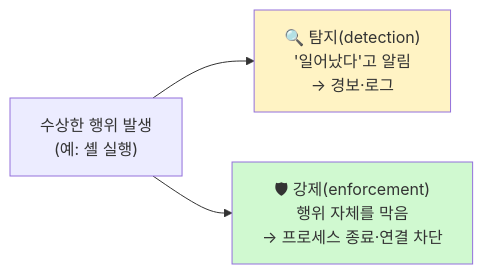
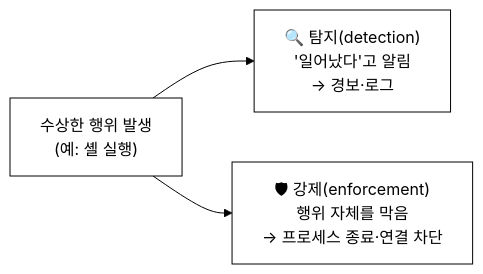
One commit to iamywl/ebpf-lab changed the fourth of 8 diagrams in docs/lecture/13주차_eBPF_보안_LSM_Falco_Tetragon.md. Above: the diagram before and after it, drawn with Mermaid. The commit also changed other lines of this file and 33 other files, not shown here.

First line of the commit message:
강의자료: 다이어그램 흑백(논문 스타일) 통일 + 실제 실행 스크린샷 삽입

````diff
--- a/docs/lecture/13주차_eBPF_보안_LSM_Falco_Tetragon.md
+++ b/docs/lecture/13주차_eBPF_보안_LSM_Falco_Tetragon.md
@@ -103,7 +106,8 @@
 ```mermaid
+%%{init: {"theme":"base","themeVariables":{"background":"#ffffff","primaryColor":"#ffffff","primaryBorderColor":"#000000","primaryTextColor":"#000000","secondaryColor":"#ffffff","secondaryBorderColor":"#000000","secondaryTextColor":"#000000","tertiaryColor":"#ffffff","tertiaryBorderColor":"#000000","tertiaryTextColor":"#000000","lineColor":"#000000","textColor":"#000000","mainBkg":"#ffffff","secondBkg":"#ffffff","clusterBkg":"#ffffff","clusterBorder":"#000000","edgeLabelBackground":"#ffffff","nodeBorder":"#000000","defaultLinkColor":"#000000","titleColor":"#000000","actorBkg":"#ffffff","actorBorder":"#000000","actorTextColor":"#000000","actorLineColor":"#000000","signalColor":"#000000","signalTextColor":"#000000","labelBoxBkgColor":"#ffffff","labelBoxBorderColor":"#000000","labelTextColor":"#000000","loopTextColor":"#000000","noteBkgColor":"#ffffff","noteBorderColor":"#000000","noteTextColor":"#000000","activationBkgColor":"#ffffff","activationBorderColor":"#000000","sequenceNumberColor":"#000000","cScale0":"#ffffff","cScale1":"#ffffff","cScale2":"#ffffff","cScale3":"#ffffff","cScale4":"#ffffff","cScale5":"#ffffff","cScale6":"#ffffff","cScale7":"#ffffff","cScale8":"#ffffff","cScale9":"#ffffff","cScale10":"#ffffff","cScale11":"#ffffff","cScaleLabel0":"#000000","cScaleLabel1":"#000000","cScaleLabel2":"#000000","cScaleLabel3":"#000000","cScaleLabel4":"#000000","cScaleLabel5":"#000000","cScaleLabel6":"#000000","cScaleLabel7":"#000000","cScaleLabel8":"#000000","cScaleLabel9":"#000000","cScaleLabel10":"#000000","cScaleLabel11":"#000000","pie1":"#ffffff","pie2":"#eeeeee","pie3":"#dddddd","pie4":"#cccccc","fontFamily":"Georgia, serif"}}}%%
 flowchart LR
     EV["수상한 행위 발생\n(예: 셸 실행)"] --> DET["🔍 탐지(detection)\n'일어났다'고 알림\n→ 경보·로그"]
     EV --> ENF["🛡 강제(enforcement)\n행위 자체를 막음\n→ 프로세스 종료·연결 차단"]
-    style DET fill:#fff3c4
-    style ENF fill:#d0f9d0
+    style DET fill:#ffffff
+    style ENF fill:#ffffff
 ```
````
